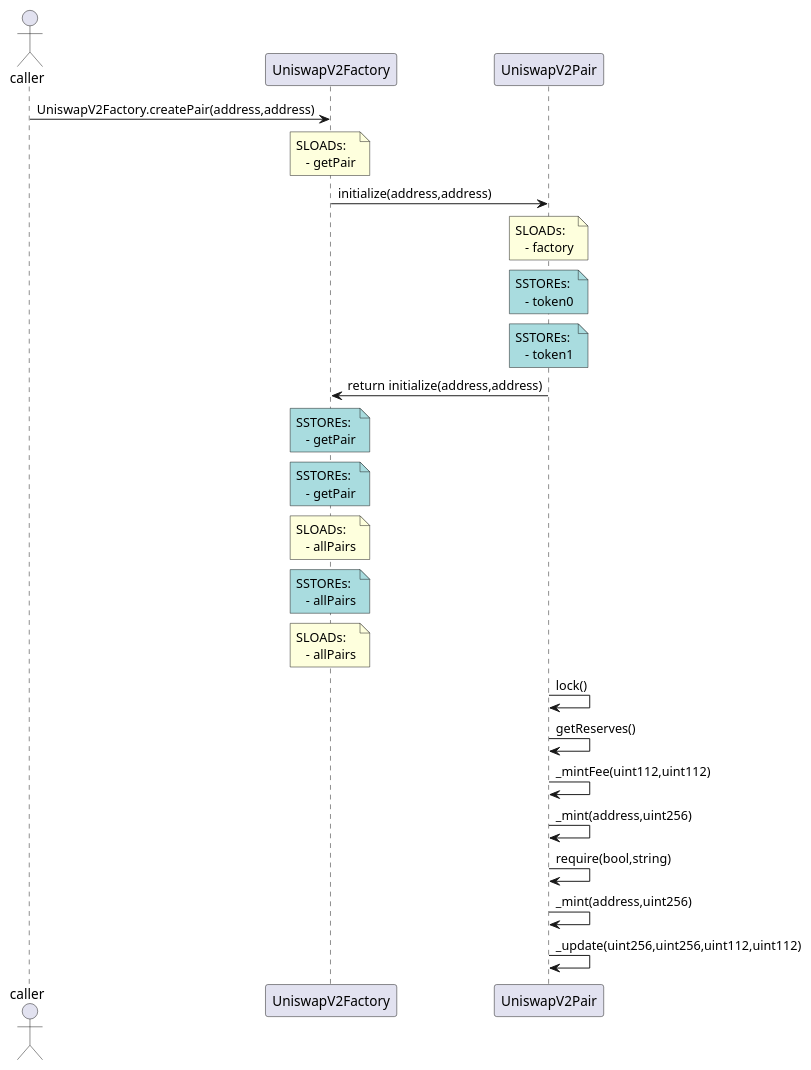
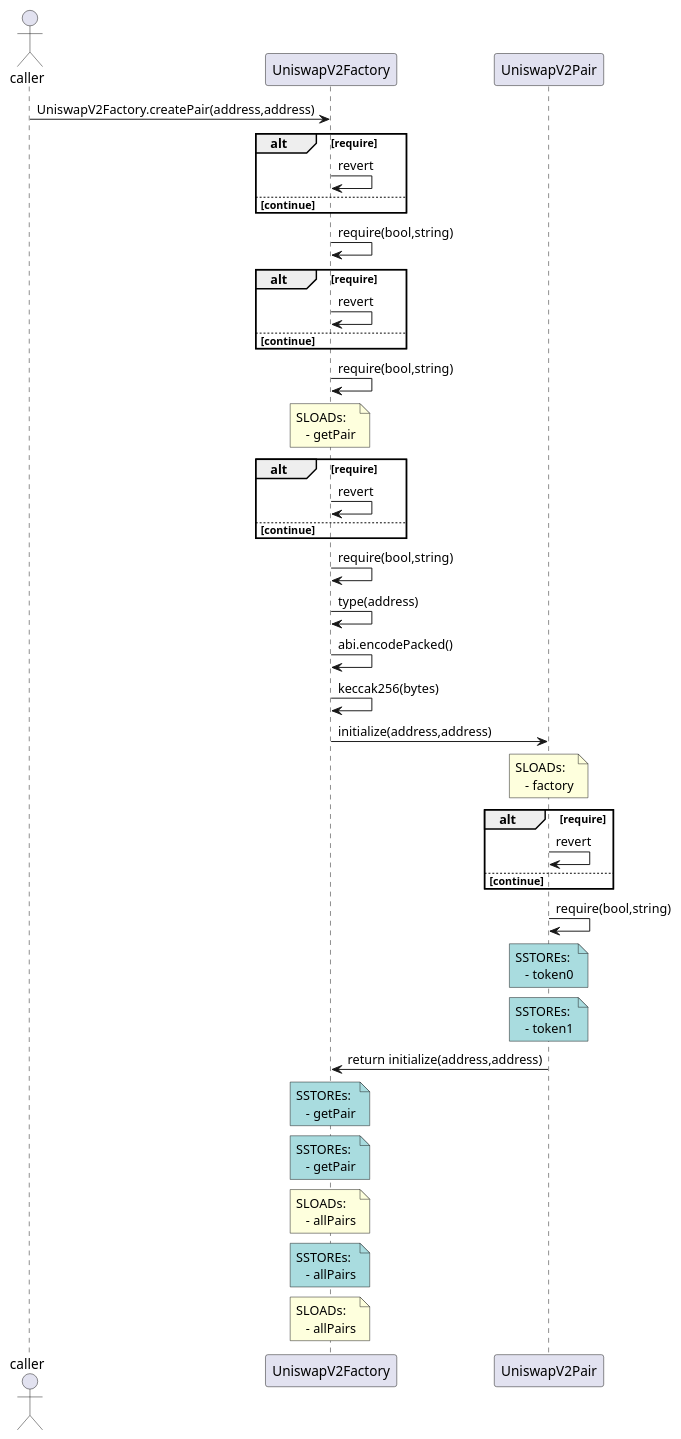
One commit to NoahMarconi/ethwaterloo-2023 changed the diagram in examples/printers/univ2/contracts/UniswapV2Factory.sol-UniswapV2FactorycreatePairaddressaddress.puml. Above: the diagram before and after it, drawn with PlantUML. The commit also changed 4 other files, not shown here.

```diff
--- a/examples/printers/univ2/contracts/UniswapV2Factory.sol-UniswapV2FactorycreatePairaddressaddress.puml
+++ b/examples/printers/univ2/contracts/UniswapV2Factory.sol-UniswapV2FactorycreatePairaddressaddress.puml
@@ -1,22 +1,46 @@
 @startuml
 actor caller 
-caller -> UniswapV2Factory: UniswapV2Factory.createPair(address,address)
+caller -> UniswapV2Factory: UniswapV2Factory.createPair(address,address) 
+ alt require 
+
+	 UniswapV2Factory -> UniswapV2Factory:  revert 
+ else continue 
+ end 
+ 
+ UniswapV2Factory -> UniswapV2Factory: require(bool,string) 
+ alt require 
+
+	 UniswapV2Factory -> UniswapV2Factory:  revert 
+ else continue 
+ end 
+ 
+ UniswapV2Factory -> UniswapV2Factory: require(bool,string)
 note over UniswapV2Factory: SLOADs: \n   - getPair 
+ alt require 
+
+	 UniswapV2Factory -> UniswapV2Factory:  revert 
+ else continue 
+ end 
+ 
+ UniswapV2Factory -> UniswapV2Factory: require(bool,string) 
+ UniswapV2Factory -> UniswapV2Factory: type(address) 
+ UniswapV2Factory -> UniswapV2Factory: abi.encodePacked() 
+ UniswapV2Factory -> UniswapV2Factory: keccak256(bytes) 
 UniswapV2Factory -> UniswapV2Pair: initialize(address,address)
 note over UniswapV2Pair: SLOADs: \n   - factory 
+ alt require 
+
+	 UniswapV2Pair -> UniswapV2Pair:  revert 
+ else continue 
+ end 
+ 
+ UniswapV2Pair -> UniswapV2Pair: require(bool,string) 
 note over UniswapV2Pair #A9DCDF: SSTOREs: \n   - token0 
 note over UniswapV2Pair #A9DCDF: SSTOREs: \n   - token1 
  UniswapV2Factory <- UniswapV2Pair: return initialize(address,address) 
 note over UniswapV2Factory #A9DCDF: SSTOREs: \n   - getPair 
 note over UniswapV2Factory #A9DCDF: SSTOREs: \n   - getPair
 note over UniswapV2Factory: SLOADs: \n   - allPairs 
 note over UniswapV2Factory #A9DCDF: SSTOREs: \n   - allPairs
-note over UniswapV2Factory: SLOADs: \n   - allPairs 
- UniswapV2Pair -> UniswapV2Pair: lock() 
- UniswapV2Pair -> UniswapV2Pair: getReserves() 
- UniswapV2Pair -> UniswapV2Pair: _mintFee(uint112,uint112) 
- UniswapV2Pair -> UniswapV2Pair: _mint(address,uint256) 
- UniswapV2Pair -> UniswapV2Pair: require(bool,string) 
- UniswapV2Pair -> UniswapV2Pair: _mint(address,uint256) 
- UniswapV2Pair -> UniswapV2Pair: _update(uint256,uint256,uint112,uint112)
+note over UniswapV2Factory: SLOADs: \n   - allPairs
 @enduml
```
